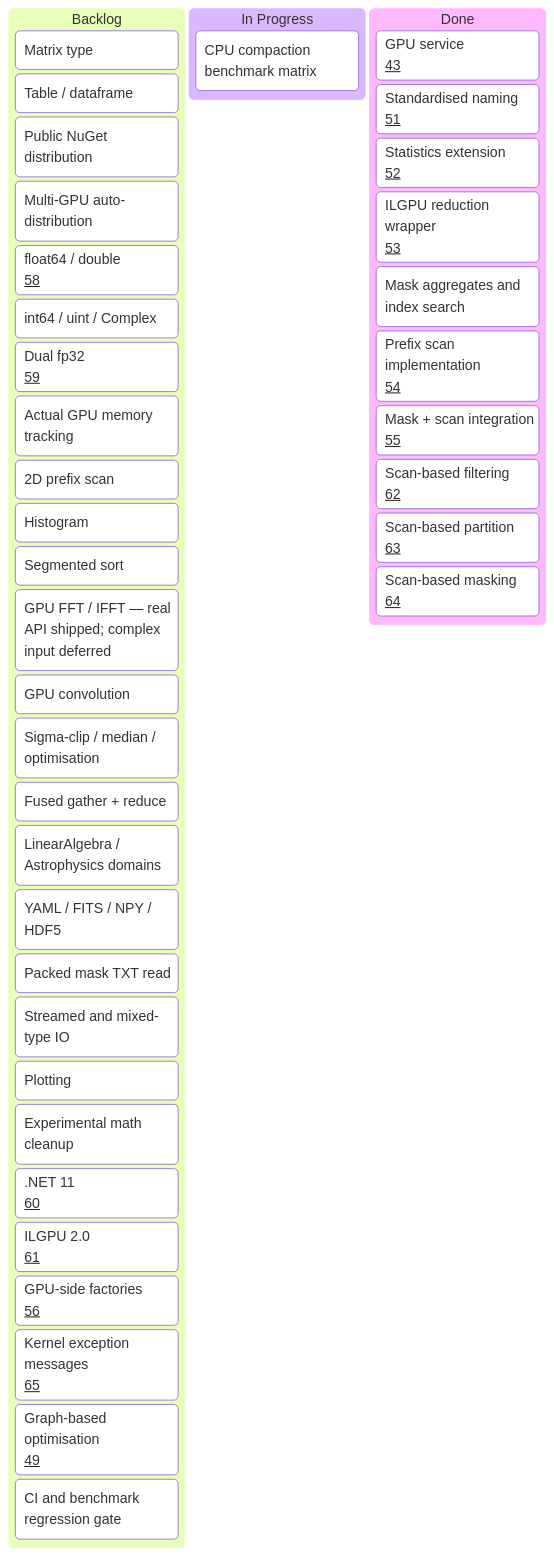
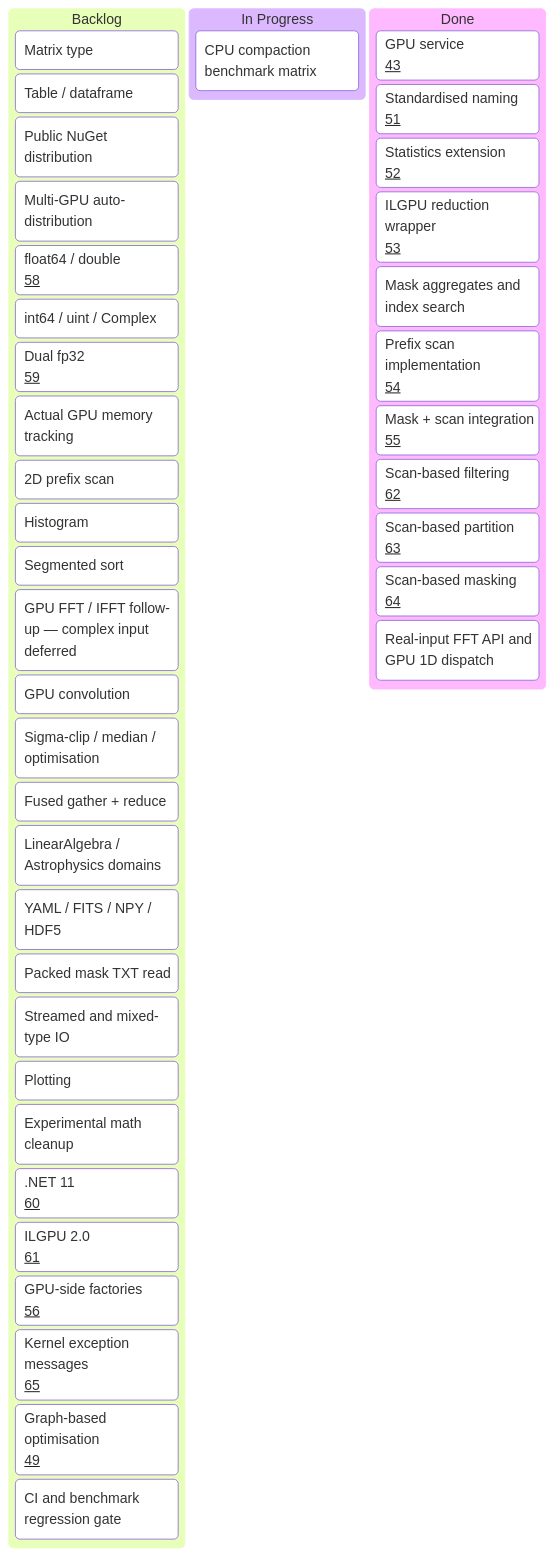
Before and after one commit to MPSQUARK/BAVCL: the diagram in Documentation/Roadmap.md, drawn with Mermaid. The commit also changed 2 other files, not shown here.

Commit message:
Fix FFT result contracts and GPU dispatch

````diff
--- a/Documentation/Roadmap.md
+++ b/Documentation/Roadmap.md
@@ -6,51 +6,52 @@
 ```mermaid
 ---
 config:
   kanban:
     ticketBaseUrl: 'https://github.com/MPSQUARK/BAVCL/issues/#TICKET#'
 ---
 kanban
   backlog[Backlog]
     b1[Matrix type]
     b2[Table / dataframe]
     b3[Public NuGet distribution]
     b4[Multi-GPU auto-distribution]
     b5[float64 / double]@{ ticket: 58 }
     b6[int64 / uint / Complex]
     b7[Dual fp32]@{ ticket: 59 }
     b8[Actual GPU memory tracking]
     b9[2D prefix scan]
     b10[Histogram]
     b11[Segmented sort]
-    b12[GPU FFT / IFFT — real API shipped; complex input deferred]
+    b12[GPU FFT / IFFT follow-up — complex input deferred]
     b13[GPU convolution]
     b14[Sigma-clip / median / optimisation]
     b15[Fused gather + reduce]
     b16[LinearAlgebra / Astrophysics domains]
     b17[YAML / FITS / NPY / HDF5]
     b18[Packed mask TXT read]
     b19[Streamed and mixed-type IO]
     b20[Plotting]
     b21[Experimental math cleanup]
     b22[.NET 11]@{ ticket: 60 }
     b23[ILGPU 2.0]@{ ticket: 61 }
     b24[GPU-side factories]@{ ticket: 56 }
     b25[Kernel exception messages]@{ ticket: 65 }
     b26[Graph-based optimisation]@{ ticket: 49 }
     b27[CI and benchmark regression gate]
 
   inprogress[In Progress]
     p6[CPU compaction benchmark matrix]
 
   done[Done]
     d1[GPU service]@{ ticket: 43 }
     d2[Standardised naming]@{ ticket: 51 }
     d3[Statistics extension]@{ ticket: 52 }
     d4[ILGPU reduction wrapper]@{ ticket: 53 }
     d5[Mask aggregates and index search]
     d6[Prefix scan implementation]@{ ticket: 54 }
     d7[Mask + scan integration]@{ ticket: 55 }
     d8[Scan-based filtering]@{ ticket: 62 }
     d9[Scan-based partition]@{ ticket: 63 }
     d10[Scan-based masking]@{ ticket: 64 }
+    d11[Real-input FFT API and GPU 1D dispatch]
 ```
````
